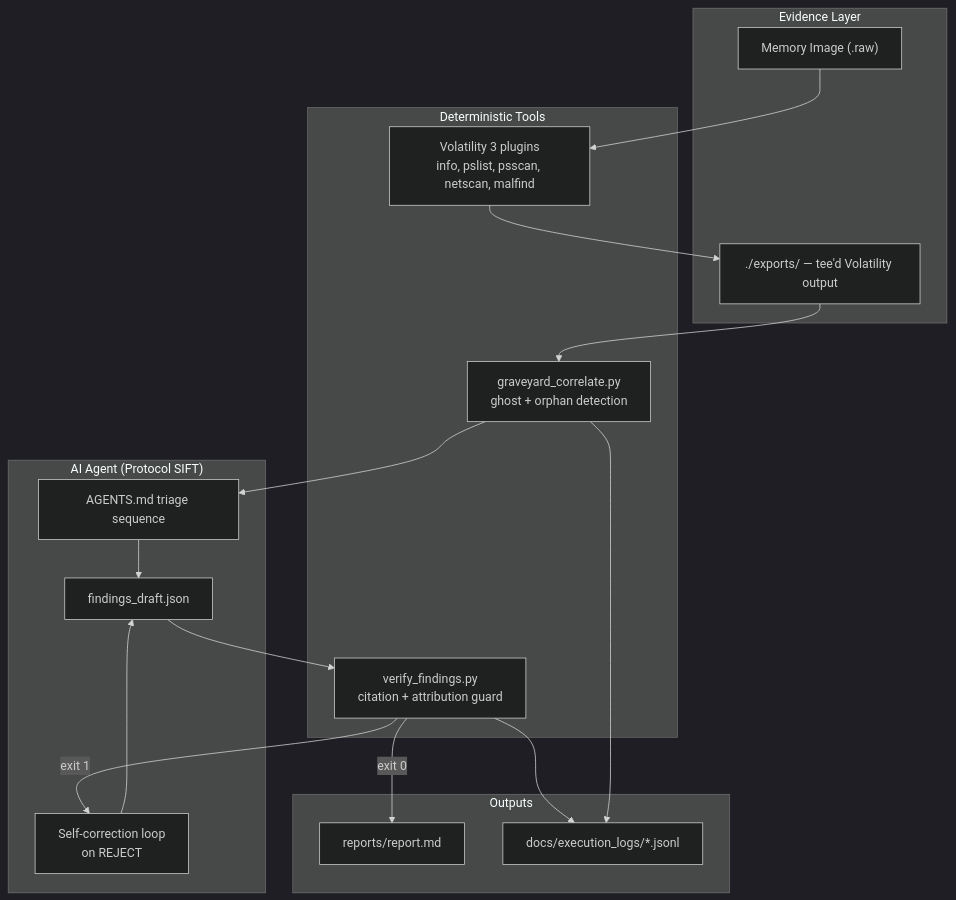
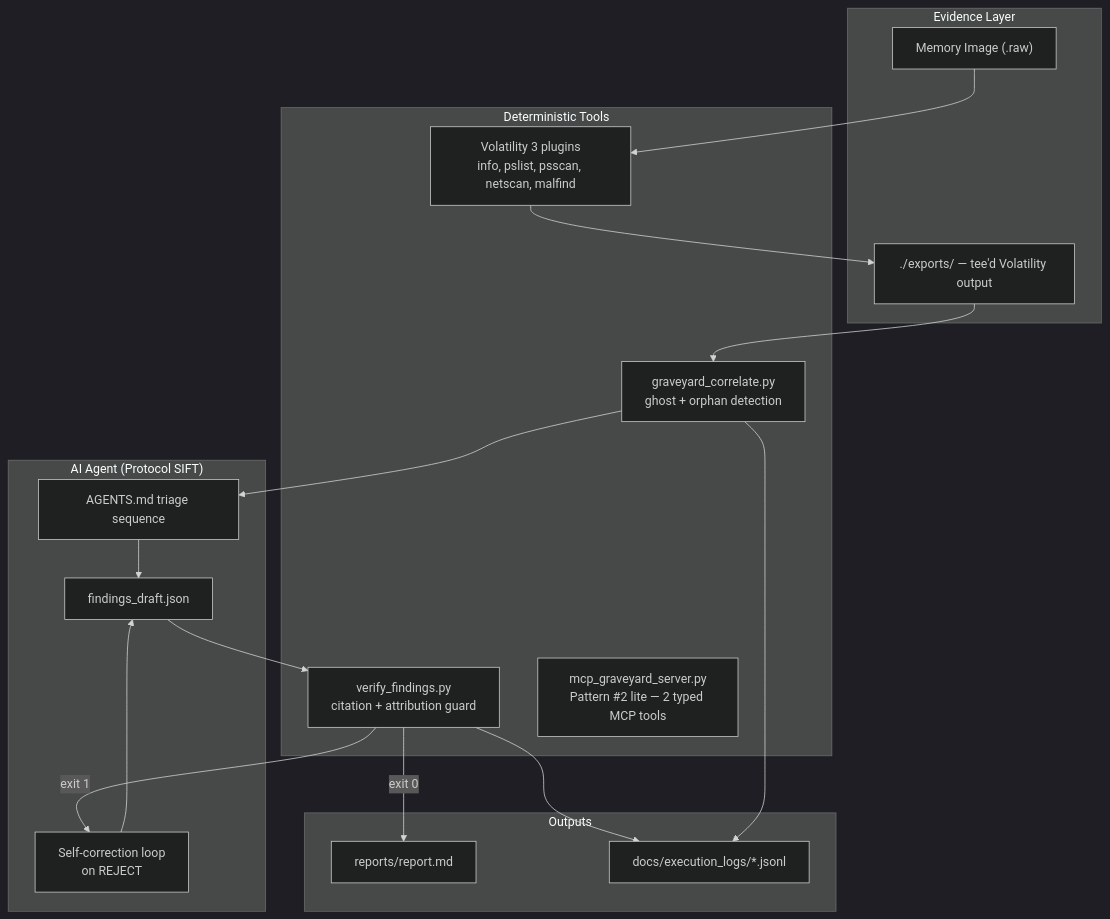
Before and after one commit to let-the-dreamers-rise/graveyard: the first of 2 diagrams in docs/ARCHITECTURE.md, drawn with Mermaid (dark theme). The commit also changed other lines of this file and 11 other files, not shown here.

First line of the commit message:
Add demo scripts, MCP server, and submission docs for FIND EVIL.

````diff
--- a/docs/ARCHITECTURE.md
+++ b/docs/ARCHITECTURE.md
@@ -7,36 +7,37 @@
 ```mermaid
 flowchart TB
     subgraph evidence["Evidence Layer"]
         MEM["Memory Image (.raw)"]
         EXPORTS["./exports/ — tee'd Volatility output"]
     end
 
     subgraph tools["Deterministic Tools"]
         VOL["Volatility 3 plugins<br/>info, pslist, psscan, netscan, malfind"]
         GC["graveyard_correlate.py<br/>ghost + orphan detection"]
         VF["verify_findings.py<br/>citation + attribution guard"]
+        MCP["mcp_graveyard_server.py<br/>Pattern #2 lite — 2 typed MCP tools"]
     end
 
     subgraph agent["AI Agent (Protocol SIFT)"]
         TRIAGE["AGENTS.md triage sequence"]
         DRAFT["findings_draft.json"]
         CORRECT["Self-correction loop<br/>on REJECT"]
     end
 
     subgraph output["Outputs"]
         REPORT["reports/report.md"]
         LOGS["docs/execution_logs/*.jsonl"]
     end
 
     MEM --> VOL
     VOL --> EXPORTS
     EXPORTS --> GC
     GC --> TRIAGE
     TRIAGE --> DRAFT
     DRAFT --> VF
     VF -->|exit 0| REPORT
     VF -->|exit 1| CORRECT
     CORRECT --> DRAFT
     VF --> LOGS
     GC --> LOGS
 ```
````
